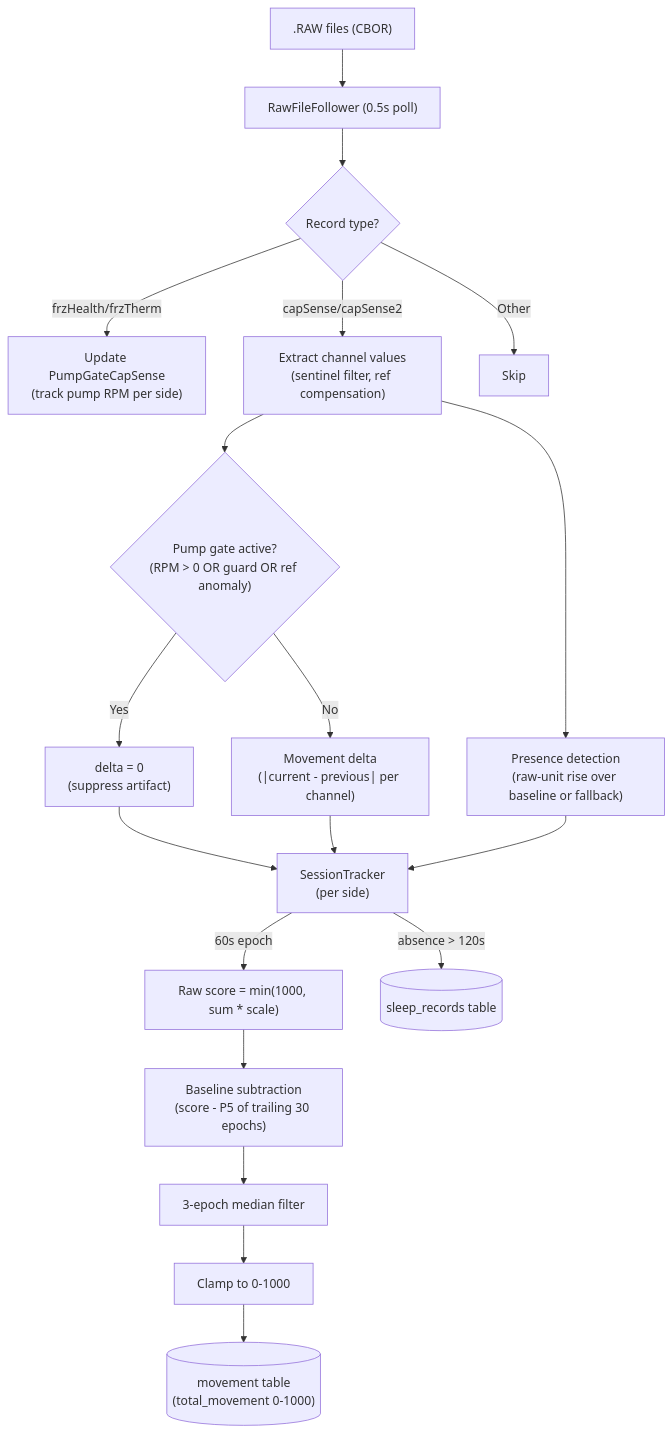
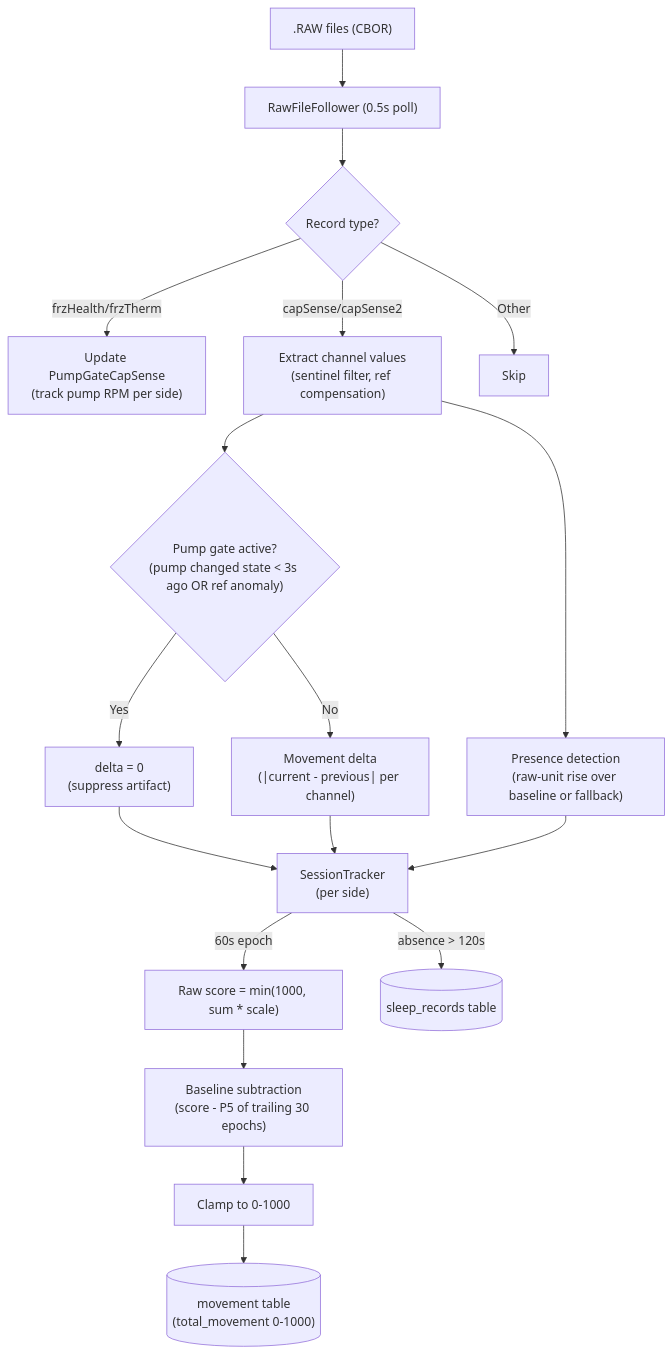
The first of 2 diagrams in docs/sleep-detector.md (sleepypod/core), drawn with Mermaid before and after one commit. The commit also changed other lines of this file and 4 other files, not shown here.

````diff
--- a/docs/sleep-detector.md
+++ b/docs/sleep-detector.md
@@ -9,21 +9,20 @@
 ```mermaid
 flowchart TD
     RAW[".RAW files (CBOR)"] --> Follow["RawFileFollower (0.5s poll)"]
     Follow --> TypeFilter{"Record type?"}
     TypeFilter -->|"frzHealth/frzTherm"| PumpState["Update PumpGateCapSense\n(track pump RPM per side)"]
     TypeFilter -->|"capSense/capSense2"| Extract["Extract channel values\n(sentinel filter, ref compensation)"]
     TypeFilter -->|Other| Skip[Skip]
     Extract --> Presence["Presence detection\n(raw-unit rise over baseline or fallback)"]
-    Extract --> PumpGate{"Pump gate active?\n(RPM > 0 OR guard OR ref anomaly)"}
+    Extract --> PumpGate{"Pump gate active?\n(pump changed state < 3s ago OR ref anomaly)"}
     PumpGate -->|Yes| ZeroDelta["delta = 0\n(suppress artifact)"]
     PumpGate -->|No| Delta["Movement delta\n(|current - previous| per channel)"]
     ZeroDelta --> Session["SessionTracker\n(per side)"]
     Delta --> Session
     Presence --> Session
     Session -->|"60s epoch"| RawScore["Raw score = min(1000, sum * scale)"]
     RawScore --> Baseline["Baseline subtraction\n(score - P5 of trailing 30 epochs)"]
-    Baseline --> MedianFilt["3-epoch median filter"]
-    MedianFilt --> Clamp["Clamp to 0-1000"]
+    Baseline --> Clamp["Clamp to 0-1000"]
     Clamp --> MovDB[("movement table\n(total_movement 0-1000)")]
     Session -->|"absence > 120s"| SleepDB[("sleep_records table")]
 ```
````
